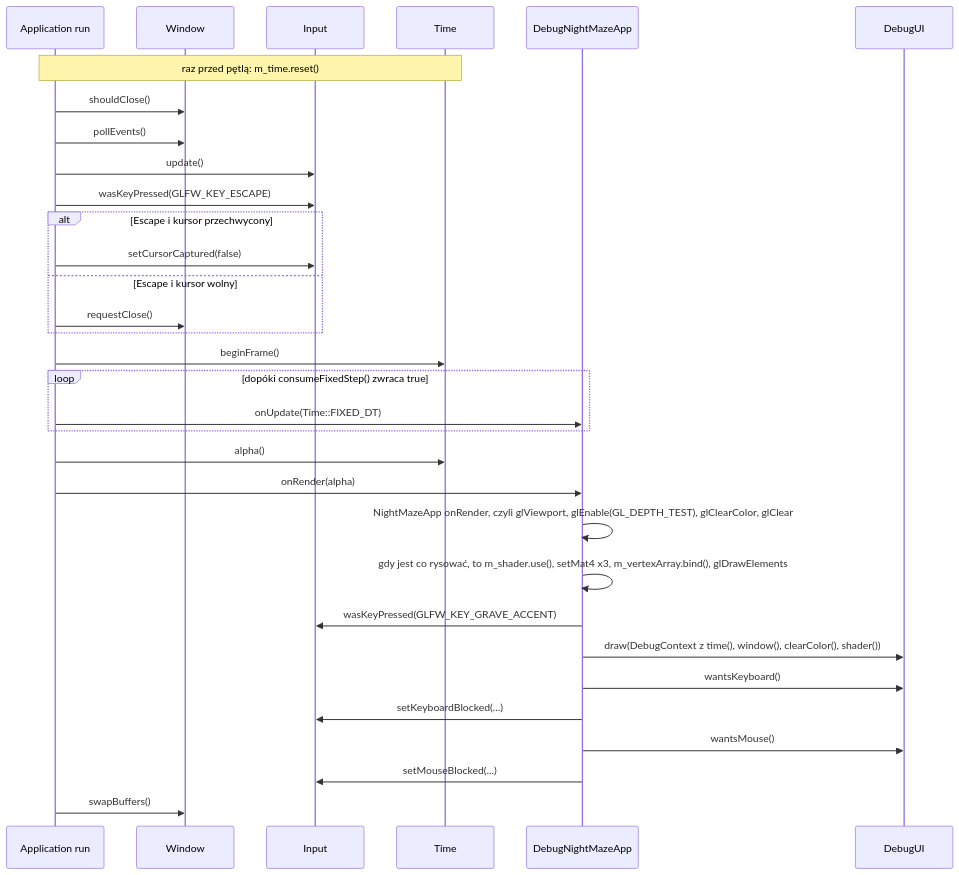
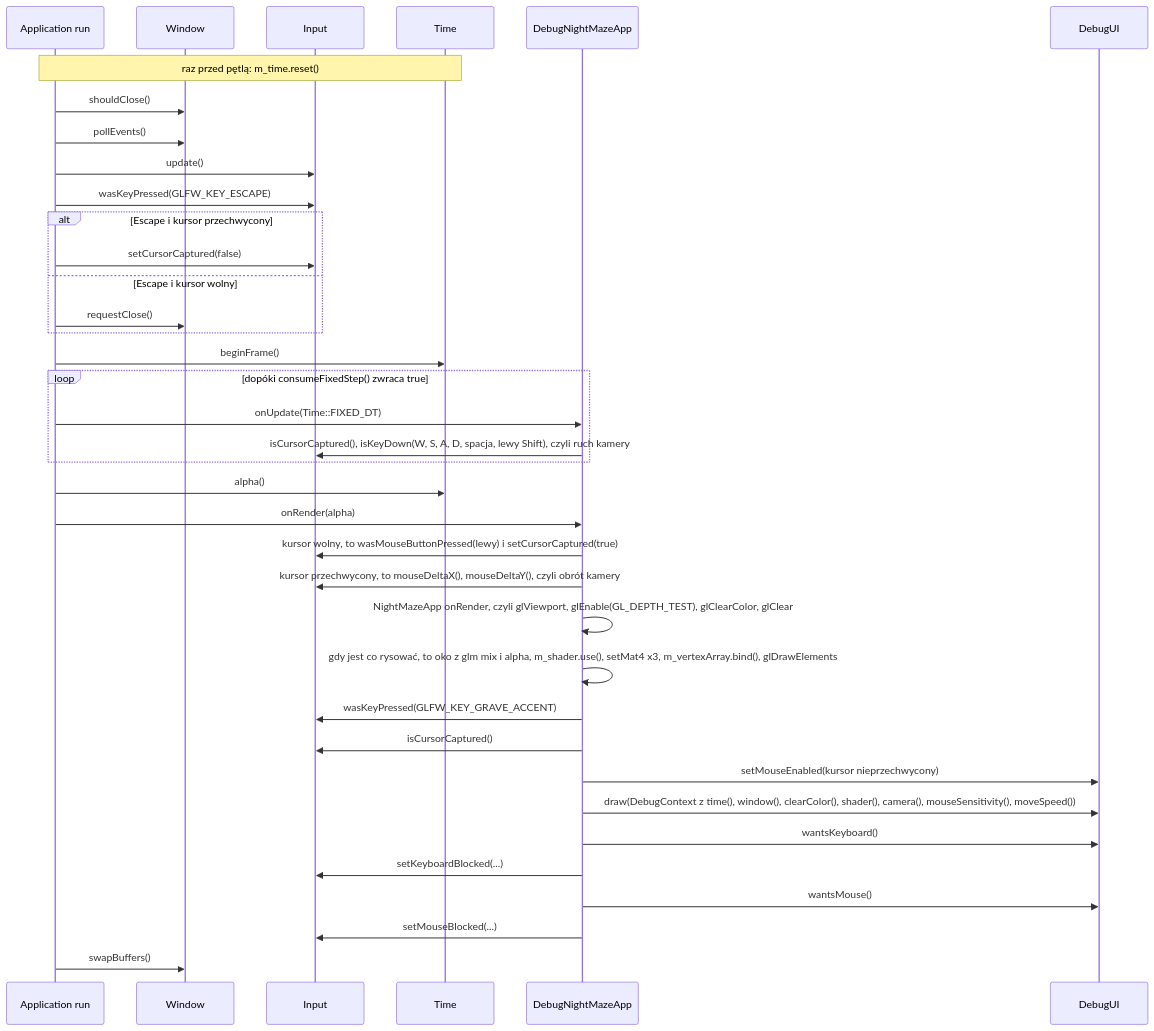
One commit to Shironex/night-maze changed the second of 3 diagrams in docs/modules/core/README.md. Above: the diagram before and after it, drawn with Mermaid. The commit also changed other lines of this file and 25 other files, not shown here.

````diff
--- a/docs/modules/core/README.md
+++ b/docs/modules/core/README.md
@@ -76,34 +77,39 @@
 ```mermaid
 sequenceDiagram
     participant Run as Application run
     participant Win as Window
     participant In as Input
     participant T as Time
     participant App as DebugNightMazeApp
     participant UI as DebugUI
     Note over Run,T: raz przed pętlą: m_time.reset()
     Run->>Win: shouldClose()
     Run->>Win: pollEvents()
     Run->>In: update()
     Run->>In: wasKeyPressed(GLFW_KEY_ESCAPE)
     alt Escape i kursor przechwycony
         Run->>In: setCursorCaptured(false)
     else Escape i kursor wolny
         Run->>Win: requestClose()
     end
     Run->>T: beginFrame()
     loop dopóki consumeFixedStep() zwraca true
         Run->>App: onUpdate(Time::FIXED_DT)
+        App->>In: isCursorCaptured(), isKeyDown(W, S, A, D, spacja, lewy Shift), czyli ruch kamery
     end
     Run->>T: alpha()
     Run->>App: onRender(alpha)
+    App->>In: kursor wolny, to wasMouseButtonPressed(lewy) i setCursorCaptured(true)
+    App->>In: kursor przechwycony, to mouseDeltaX(), mouseDeltaY(), czyli obrót kamery
     App->>App: NightMazeApp onRender, czyli glViewport, glEnable(GL_DEPTH_TEST), glClearColor, glClear
-    App->>App: gdy jest co rysować, to m_shader.use(), setMat4 x3, m_vertexArray.bind(), glDrawElements
+    App->>App: gdy jest co rysować, to oko z glm mix i alpha, m_shader.use(), setMat4 x3, m_vertexArray.bind(), glDrawElements
     App->>In: wasKeyPressed(GLFW_KEY_GRAVE_ACCENT)
-    App->>UI: draw(DebugContext z time(), window(), clearColor(), shader())
+    App->>In: isCursorCaptured()
+    App->>UI: setMouseEnabled(kursor nieprzechwycony)
+    App->>UI: draw(DebugContext z time(), window(), clearColor(), shader(), camera(), mouseSensitivity(), moveSpeed())
     App->>UI: wantsKeyboard()
     App->>In: setKeyboardBlocked(...)
     App->>UI: wantsMouse()
     App->>In: setMouseBlocked(...)
     Run->>Win: swapBuffers()
 ```
````
